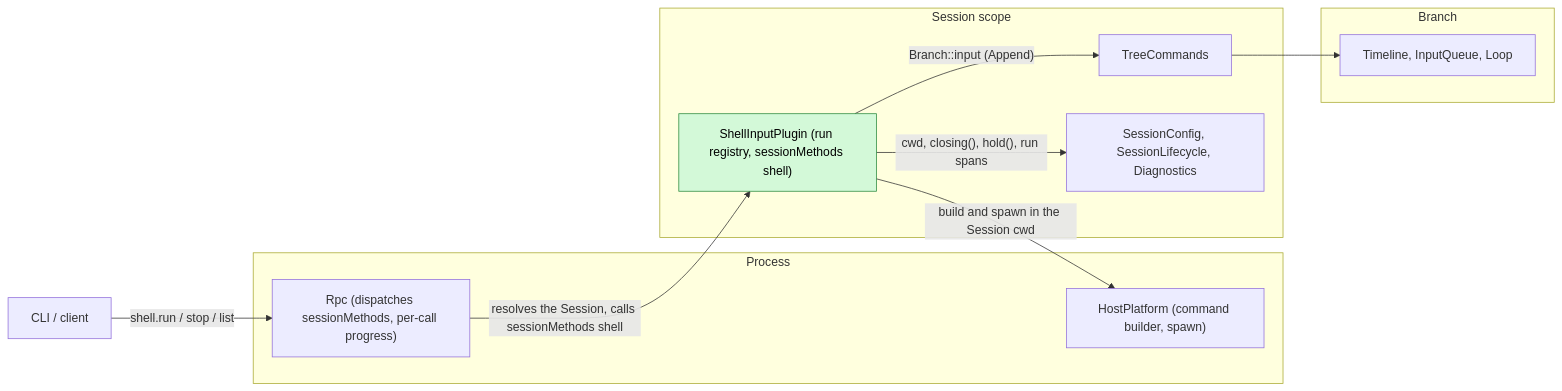
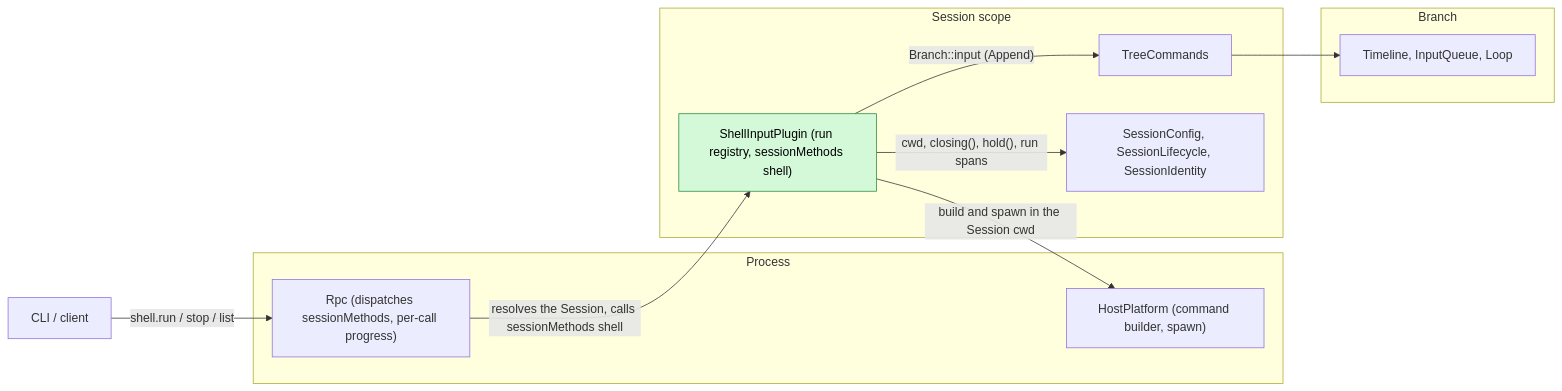
The first of 3 diagrams in docs/design/plugins/ShellInput.md (CoutinhoTTS/dim-agent), drawn with Mermaid before and after one commit. The commit also changed other lines of this file and 23 other files, not shown here.

First line of the commit message:
docs: retire the trace archive from the design and architecture pages

````diff
--- a/docs/design/plugins/ShellInput.md
+++ b/docs/design/plugins/ShellInput.md
@@ -9,23 +9,23 @@
 ```mermaid
 flowchart LR
   CLI["CLI / client"]
   subgraph P["Process"]
     RPC["Rpc (dispatches sessionMethods, per-call progress)"]
     HP["HostPlatform (command builder, spawn)"]
   end
   subgraph S["Session scope"]
     SI["ShellInputPlugin (run registry, sessionMethods shell)"]:::new
     TC["TreeCommands"]
-    SS["SessionConfig, SessionLifecycle, Diagnostics"]
+    SS["SessionConfig, SessionLifecycle, SessionIdentity"]
   end
   subgraph B["Branch"]
     IQ["Timeline, InputQueue, Loop"]
   end
   CLI -- "shell.run / stop / list" --> RPC
   RPC -- "resolves the Session, calls sessionMethods shell" --> SI
   SI -- "build and spawn in the Session cwd" --> HP
   SI -- "Branch::input (Append)" --> TC
   TC --> IQ
   SI -- "cwd, closing(), hold(), run spans" --> SS
   classDef new fill:#d3f9d8,stroke:#2b8a3e,color:#000
 ```
````
